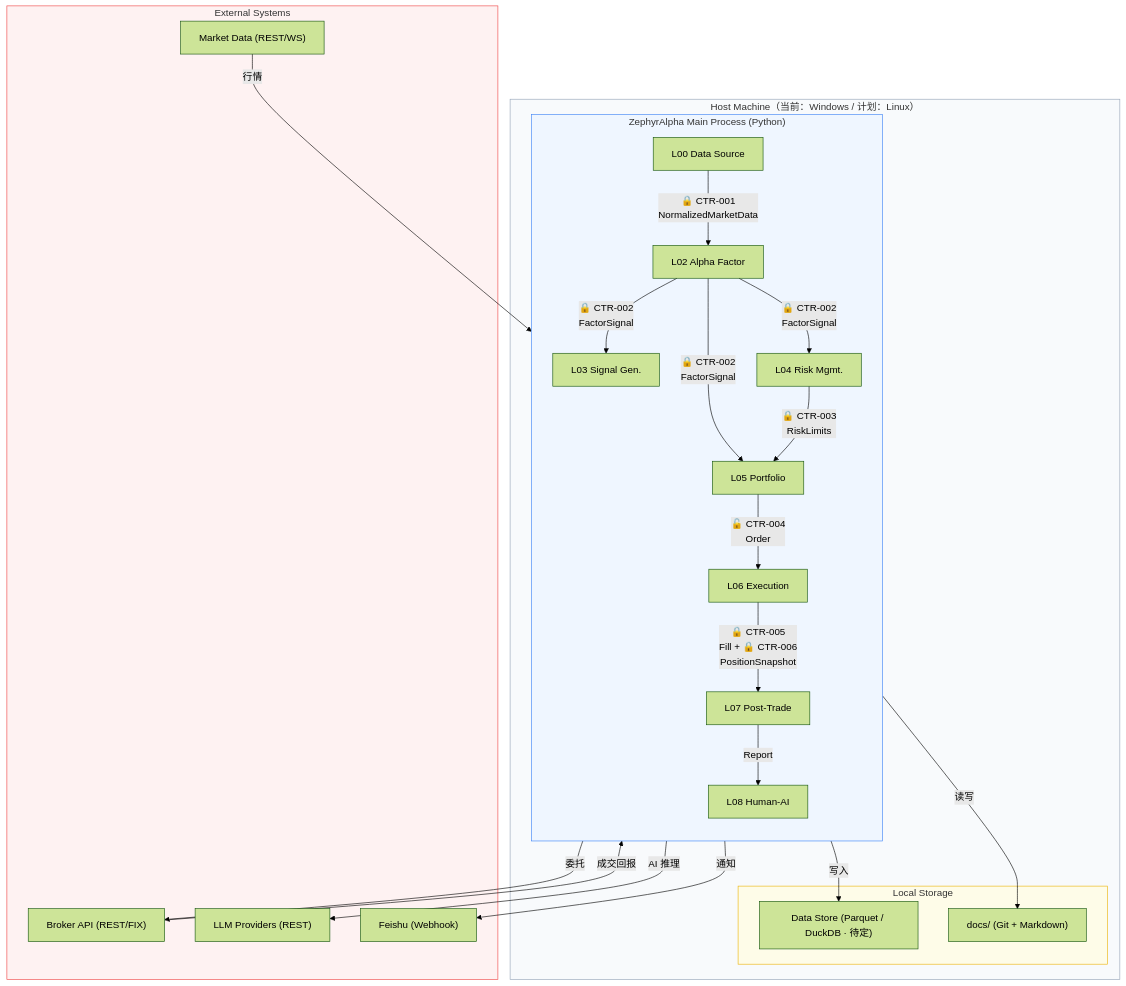
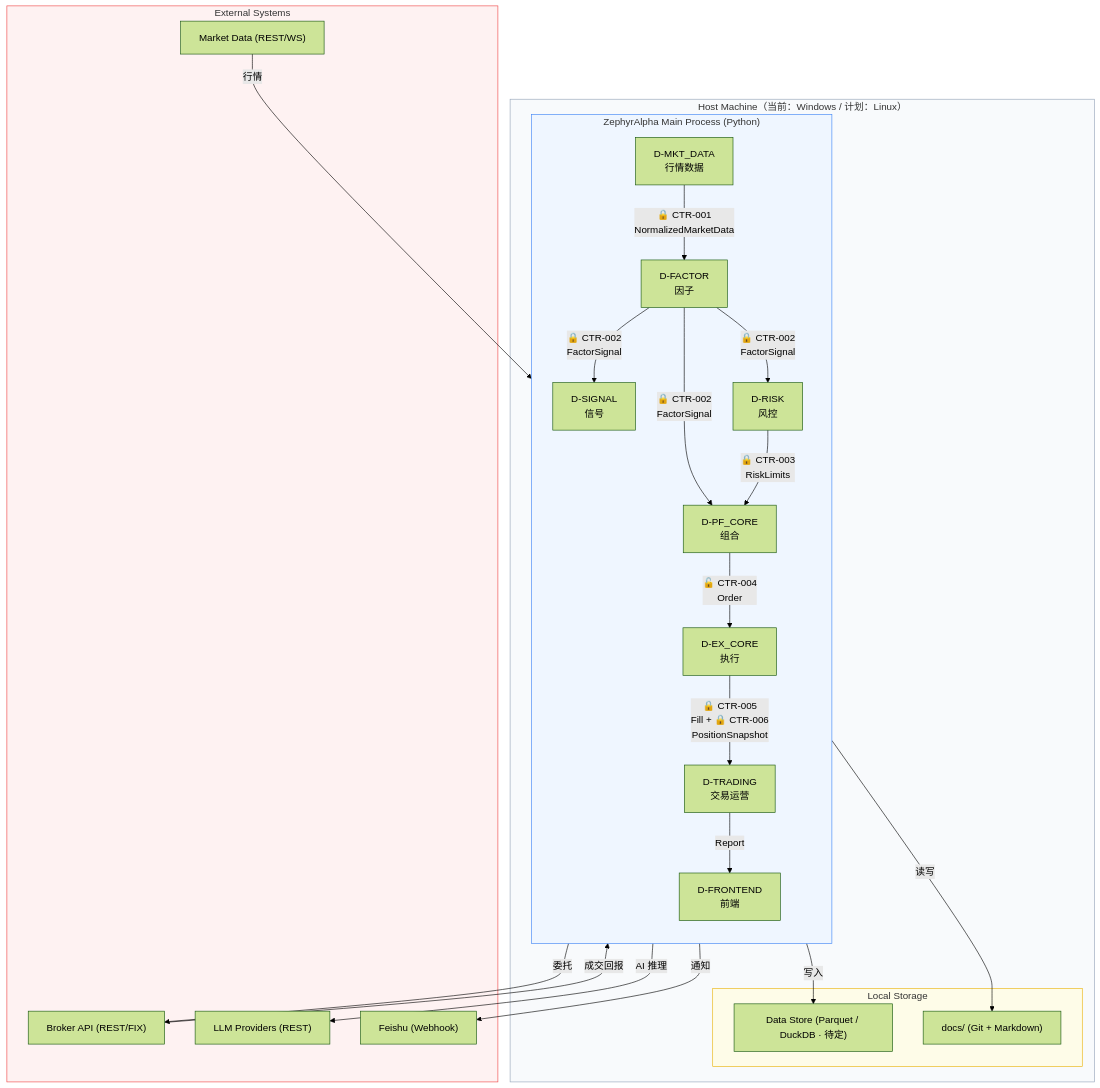
One commit to xuanFelixVan/ZephyrAlpha changed the diagram in docs/02_enterprise_architecture/target_architecture/diagrams/runtime_topology.mmd. Above: the diagram before and after it, drawn with Mermaid (forest theme). The commit also changed 9 other files, not shown here.

First line of the commit message:
feat(DM-200913): Phase4-B 重写9个14层图表为52域派生

```diff
--- a/docs/02_enterprise_architecture/target_architecture/diagrams/runtime_topology.mmd
+++ b/docs/02_enterprise_architecture/target_architecture/diagrams/runtime_topology.mmd
@@ -1,40 +1,45 @@
+%% 重写时间: 2026-06-23 (DM-200913 Phase4-B)
+%% 基于§2.1裁定: 14层降级为域属性，52域为唯一物理分类体系
+%% 数据源: depgraph.db
+%% 图例: 🔒 = frozen (不可变契约) | 🔓 = mutable (可变契约，状态机)
+%% 契约真源: architecture_model/contracts/cross_layer_contracts.yaml
+
 %% Source: technology_architecture.md §3.2
-%% 升级记录：2026-05-04 — 显式标注 P0 跨层数据契约 CTR-001~CTR-006 作为架构承重墙
-%% 契约真源：architecture_model/contracts/cross_layer_contracts.yaml
-%% 图例：🔒 = frozen (不可变契约)  |  🔓 = mutable (可变契约，状态机)
+%% v2.0.0: 14层节点→52域节点，保留P0跨层契约标注
+
 graph TD
     subgraph HOST["Host Machine（当前：Windows / 计划：Linux）"]
         subgraph MAIN["ZephyrAlpha Main Process (Python)"]
             direction TB
-            L00["L00 Data Source"] -->|"🔒 CTR-001<br/>NormalizedMarketData"| L02["L02 Alpha Factor"]
-            L02 -->|"🔒 CTR-002<br/>FactorSignal"| L03["L03 Signal Gen."]
-            L02 -->|"🔒 CTR-002<br/>FactorSignal"| L04["L04 Risk Mgmt."]
-            L02 -->|"🔒 CTR-002<br/>FactorSignal"| L05["L05 Portfolio"]
-            L04 -->|"🔒 CTR-003<br/>RiskLimits"| L05
-            L05 -->|"🔓 CTR-004<br/>Order"| L06["L06 Execution"]
-            L06 -->|"🔒 CTR-005<br/>Fill + 🔒 CTR-006<br/>PositionSnapshot"| L07["L07 Post-Trade"]
-            L07 -->|"Report"| L08["L08 Human-AI"]
+            D_MKT_DATA["D-MKT_DATA<br/>行情数据"] -->|"🔒 CTR-001<br/>NormalizedMarketData"| D_FACTOR["D-FACTOR<br/>因子"]
+            D_FACTOR -->|"🔒 CTR-002<br/>FactorSignal"| D_SIGNAL["D-SIGNAL<br/>信号"]
+            D_FACTOR -->|"🔒 CTR-002<br/>FactorSignal"| D_RISK["D-RISK<br/>风控"]
+            D_FACTOR -->|"🔒 CTR-002<br/>FactorSignal"| D_PF_CORE["D-PF_CORE<br/>组合"]
+            D_RISK -->|"🔒 CTR-003<br/>RiskLimits"| D_PF_CORE
+            D_PF_CORE -->|"🔓 CTR-004<br/>Order"| D_EX_CORE["D-EX_CORE<br/>执行"]
+            D_EX_CORE -->|"🔒 CTR-005<br/>Fill + 🔒 CTR-006<br/>PositionSnapshot"| D_TRADING["D-TRADING<br/>交易运营"]
+            D_TRADING -->|"Report"| D_FRONTEND["D-FRONTEND<br/>前端"]
         end
         subgraph STORAGE["Local Storage"]
             DB["Data Store (Parquet / DuckDB · 待定)"]
             DOCS["docs/ (Git + Markdown)"]
         end
         MAIN -->|"写入"| DB
         MAIN -->|"读写"| DOCS
     end
     subgraph EXT["External Systems"]
         MKT["Market Data (REST/WS)"]
         BRK["Broker API (REST/FIX)"]
         LLM["LLM Providers (REST)"]
         FEISHU["Feishu (Webhook)"]
     end
-    MKT -->|"行情"| L00
-    L06 -->|"委托"| BRK
-    BRK -->|"成交回报"| L06
-    L08 -->|"AI 推理"| LLM
-    L08 -->|"通知"| FEISHU
+    MKT -->|"行情"| D_MKT_DATA
+    D_EX_CORE -->|"委托"| BRK
+    BRK -->|"成交回报"| D_EX_CORE
+    D_FRONTEND -->|"AI 推理"| LLM
+    D_FRONTEND -->|"通知"| FEISHU
 
     style MAIN fill:#eff6ff,stroke:#3b82f6
     style HOST fill:#f8fafc,stroke:#94a3b8
     style EXT fill:#fef2f2,stroke:#ef4444
     style STORAGE fill:#fefce8,stroke:#eab308
```
